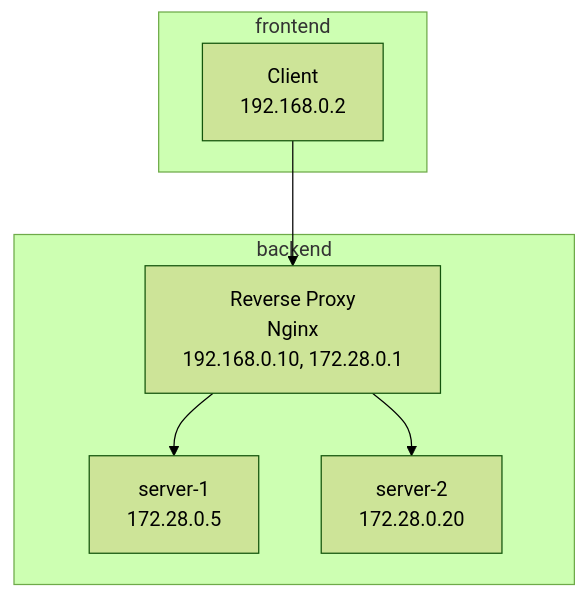
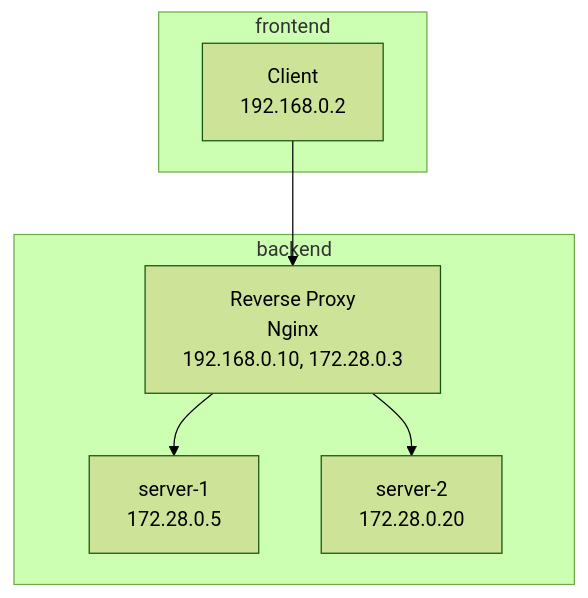
Before and after one commit to nomanoma121/nginx-reverse-proxy: the diagram in README.md, drawn with Mermaid (forest theme). The commit also changed 1 other file, not shown here.

Commit message:
fix: ip修正

````diff
--- a/README.md
+++ b/README.md
@@ -6,19 +6,19 @@
 ```mermaid
 graph TD
   client[Client<br>192.168.0.2]
 
   subgraph backend
-    proxy[Reverse Proxy<br>Nginx<br>192.168.0.10, 172.28.0.1]
+    proxy[Reverse Proxy<br>Nginx<br>192.168.0.10, 172.28.0.3]
     server1[server-1<br>172.28.0.5]
     server2[server-2<br>172.28.0.20]
   end
 
   subgraph frontend
     client
   end
 
   client --> proxy
   proxy --> server1
   proxy --> server2
 
 ```
````
